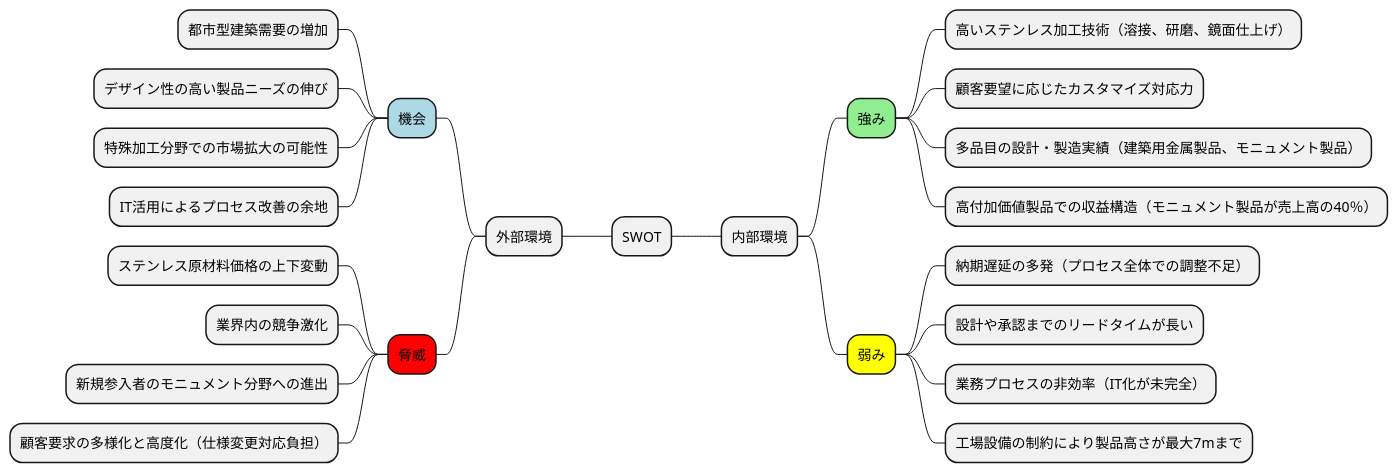
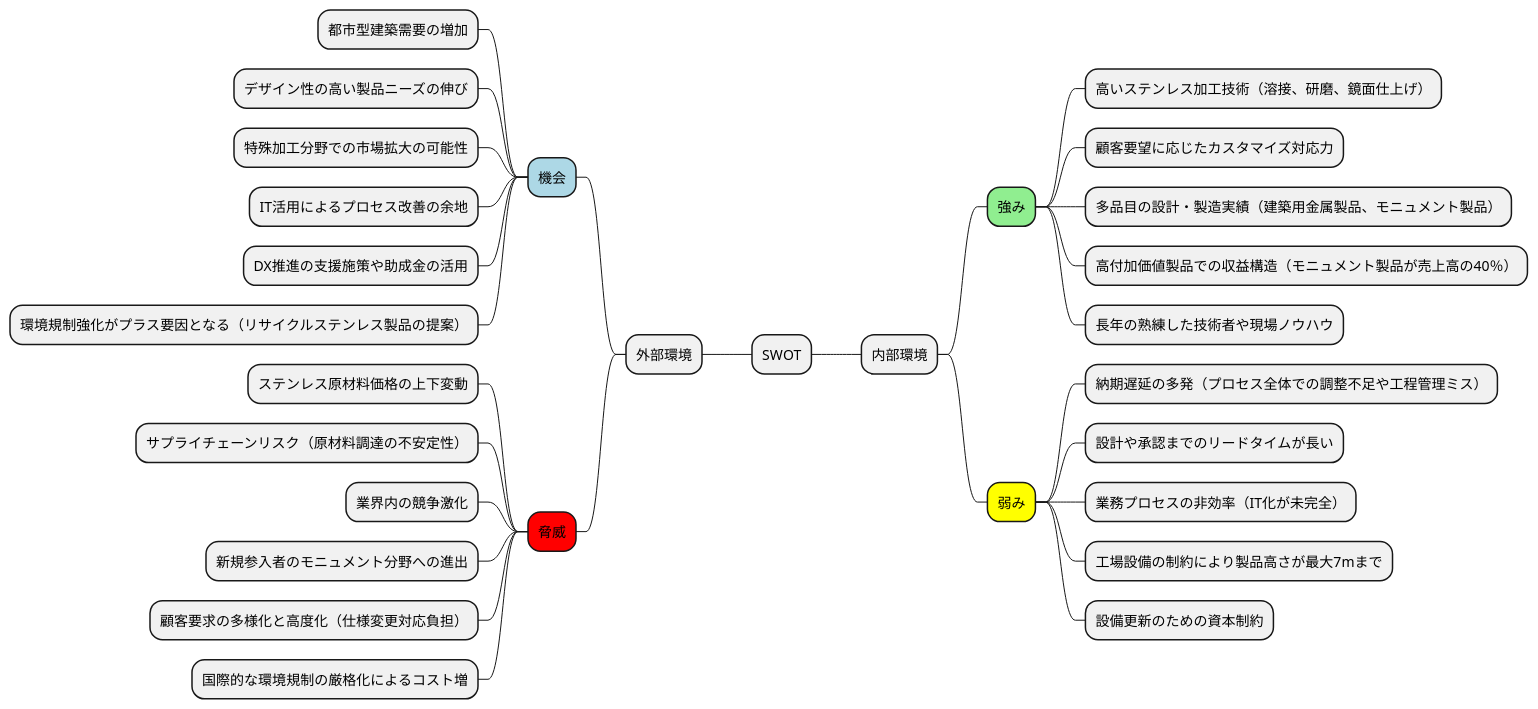
Before and after one commit to k2works/case-study-business-analysis: the third of 19 diagrams in docs/case/r02_case_3.adoc, drawn with PlantUML. The commit also changed other lines of this file, not shown here.

```diff
--- a/docs/case/r02_case_3.adoc
+++ b/docs/case/r02_case_3.adoc
@@ -137,31 +141,37 @@
 [plantuml]
 ----
 @startmindmap
 
 * SWOT
 ** 内部環境
 ***[#lightgreen] 強み
 **** 高いステンレス加工技術（溶接、研磨、鏡面仕上げ）
 **** 顧客要望に応じたカスタマイズ対応力
 **** 多品目の設計・製造実績（建築用金属製品、モニュメント製品）
 **** 高付加価値製品での収益構造（モニュメント製品が売上高の40％）
+**** 長年の熟練した技術者や現場ノウハウ
 ***[#yellow] 弱み
-**** 納期遅延の多発（プロセス全体での調整不足）
+**** 納期遅延の多発（プロセス全体での調整不足や工程管理ミス）
 **** 設計や承認までのリードタイムが長い
 **** 業務プロセスの非効率（IT化が未完全）
 **** 工場設備の制約により製品高さが最大7mまで
+**** 設備更新のための資本制約
 left side
 ** 外部環境
 ***[#lightblue] 機会
 **** 都市型建築需要の増加
 **** デザイン性の高い製品ニーズの伸び
 **** 特殊加工分野での市場拡大の可能性
 **** IT活用によるプロセス改善の余地
+**** DX推進の支援施策や助成金の活用
+**** 環境規制強化がプラス要因となる（リサイクルステンレス製品の提案）
 ***[#red] 脅威
 **** ステンレス原材料価格の上下変動
+**** サプライチェーンリスク（原材料調達の不安定性）
 **** 業界内の競争激化
 **** 新規参入者のモニュメント分野への進出
 **** 顧客要求の多様化と高度化（仕様変更対応負担）
+**** 国際的な環境規制の厳格化によるコスト増
 
-@endmindmapp
+@endmindmap
 ----
```
